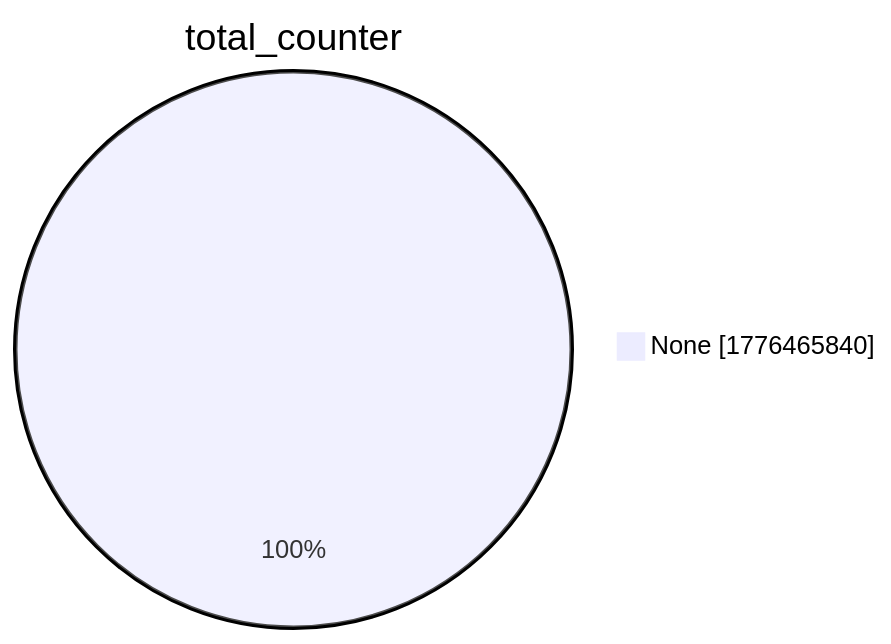
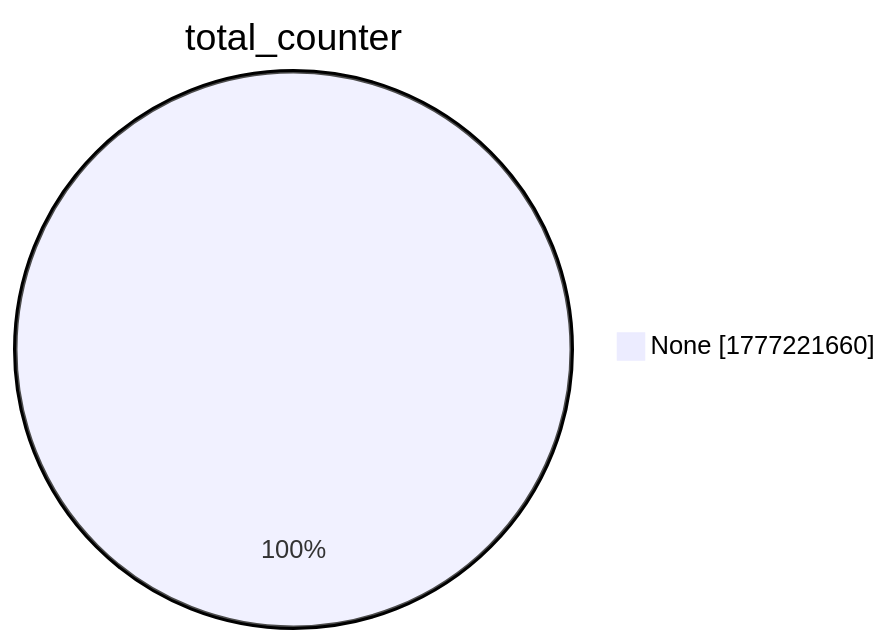
One commit to christiankrug/ctmonitor_visualization changed the second of 15 diagrams in xenon2022/README.md. Above: the diagram before and after it, drawn with Mermaid. The commit also changed other lines of this file, not shown here.

````diff
--- a/xenon2022/README.md
+++ b/xenon2022/README.md
@@ -9,5 +9,5 @@
 ```mermaid
 pie showData
 title total_counter
-"None" :1776465840
+"None" :1777221660
 ```
````
